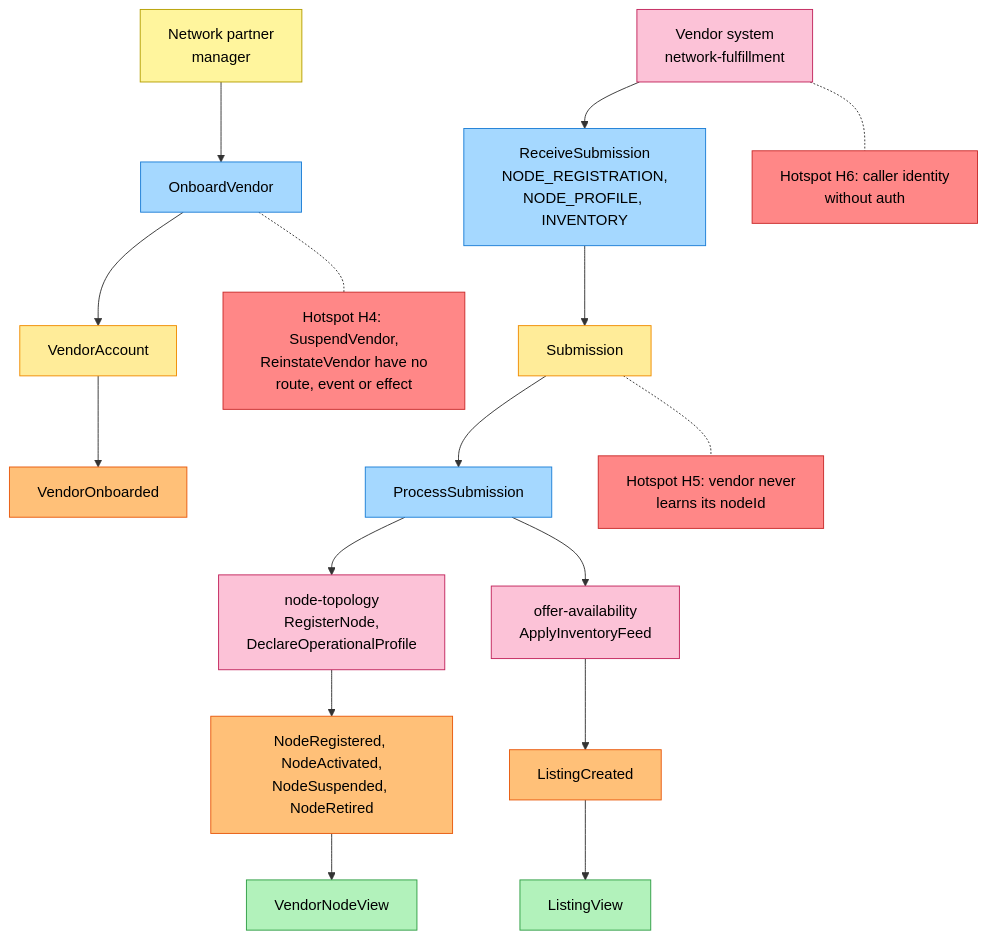
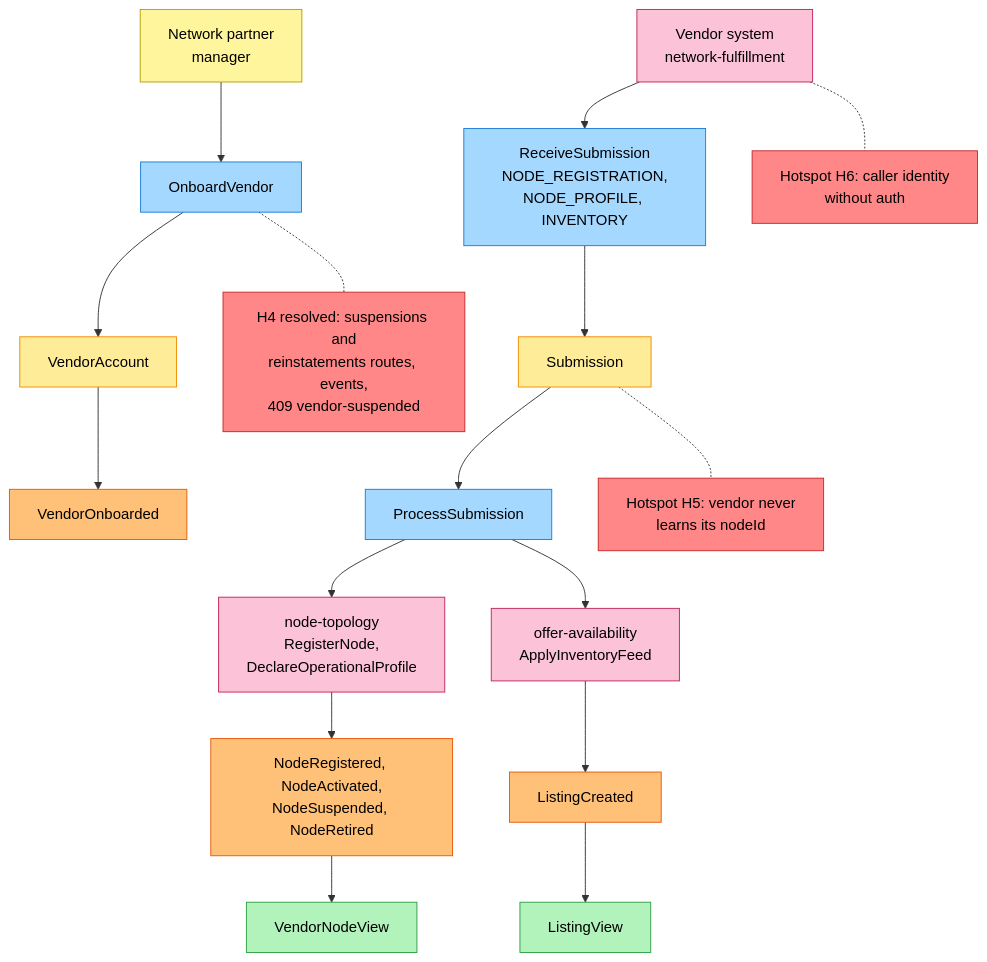
The sixth of 6 diagrams in network/docs/contexts/vendor-connectivity/eventstorming.md (IQVO/warehouse-docs), drawn with Mermaid before and after one commit. The commit also changed other lines of this file and 7 other files, not shown here.

Commit message:
network(vendor-connectivity): align model and pack with service ADRs (vendor suspension routes/events/409, shared slugs, profile consumed for ackBy, status last-delivered-wins, cancel and label-outage errors); regenerate event standard

````diff
--- a/network/docs/contexts/vendor-connectivity/eventstorming.md
+++ b/network/docs/contexts/vendor-connectivity/eventstorming.md
@@ -228,37 +228,37 @@
 ```mermaid
 flowchart TB
     PM["Network partner<br/>manager"]:::actor
     C1["OnboardVendor"]:::command
     G1["VendorAccount"]:::aggregate
     E1["VendorOnboarded"]:::event
-    H4["Hotspot H4: SuspendVendor,<br/>ReinstateVendor have no<br/>route, event or effect"]:::hotspot
+    H4["H4 resolved: suspensions and<br/>reinstatements routes, events,<br/>409 vendor-suspended"]:::hotspot
     V["Vendor system<br/>network-fulfillment"]:::external
     C2["ReceiveSubmission<br/>NODE_REGISTRATION,<br/>NODE_PROFILE, INVENTORY"]:::command
     G2["Submission"]:::aggregate
     C3["ProcessSubmission"]:::command
     NT["node-topology<br/>RegisterNode,<br/>DeclareOperationalProfile"]:::external
     OA["offer-availability<br/>ApplyInventoryFeed"]:::external
     E2["NodeRegistered, NodeActivated,<br/>NodeSuspended, NodeRetired"]:::event
     E3["ListingCreated"]:::event
     R1["VendorNodeView"]:::readmodel
     R2["ListingView"]:::readmodel
     H5["Hotspot H5: vendor never<br/>learns its nodeId"]:::hotspot
     H6["Hotspot H6: caller identity<br/>without auth"]:::hotspot
     PM --> C1 --> G1 --> E1
     C1 -.- H4
     V --> C2 --> G2 --> C3
     C3 --> NT
     C3 --> OA
     NT --> E2 --> R1
     OA --> E3 --> R2
     G2 -.- H5
     V -.- H6
     classDef actor fill:#fff59d,stroke:#b59f00,color:#000
     classDef command fill:#a5d8ff,stroke:#1c7ed6,color:#000
     classDef aggregate fill:#ffec99,stroke:#f08c00,color:#000
     classDef event fill:#ffc078,stroke:#e8590c,color:#000
     classDef policy fill:#d0bfff,stroke:#7048e8,color:#000
     classDef readmodel fill:#b2f2bb,stroke:#2f9e44,color:#000
     classDef external fill:#fcc2d7,stroke:#c2255c,color:#000
     classDef hotspot fill:#ff8787,stroke:#c92a2a,color:#000
 ```
````
